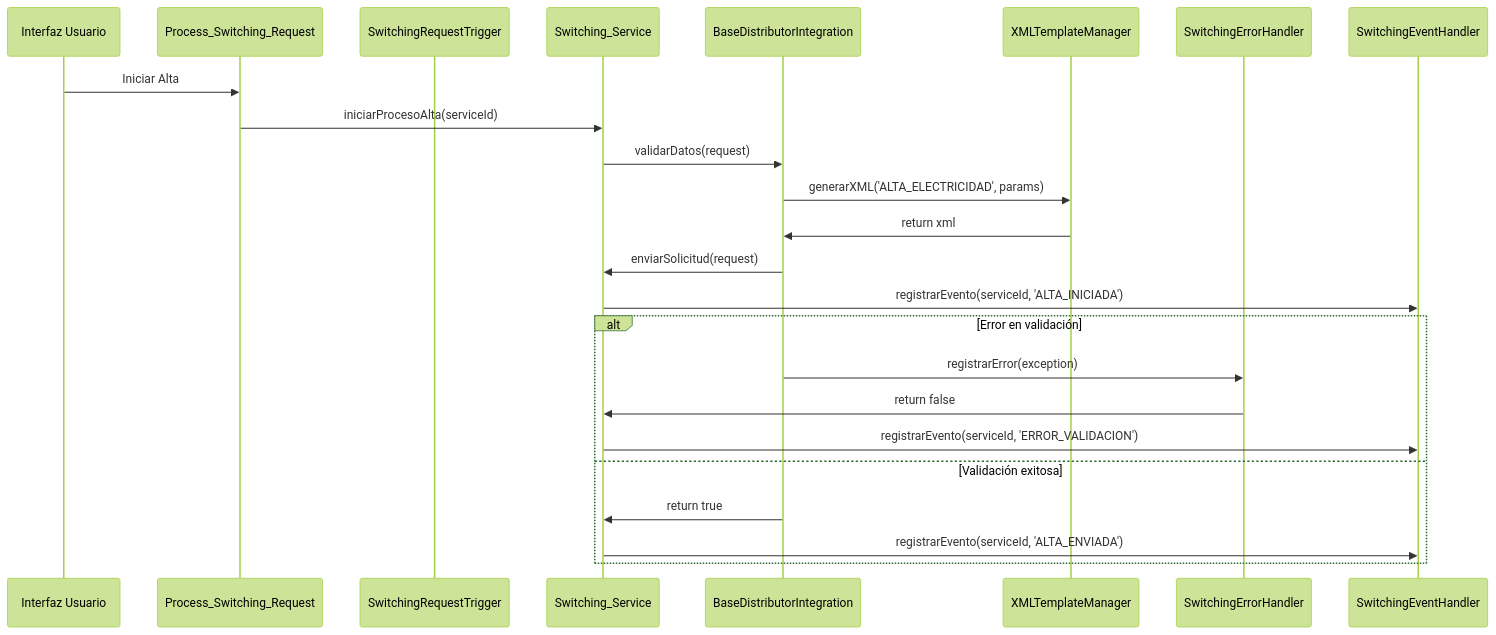
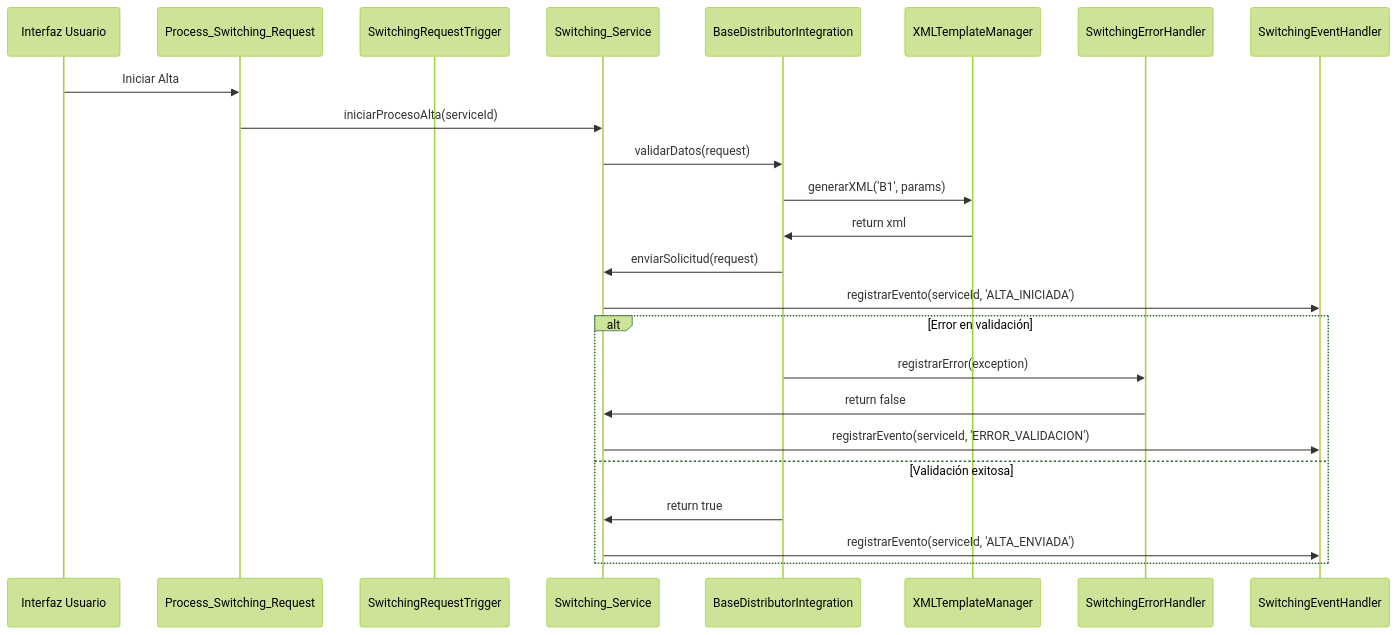
Diagram 14 of 18 in README.md (gugarobles/Switching), drawn with Mermaid (forest theme) before and after one commit. The commit also changed other lines of this file and 73 other files, not shown here.

````diff
--- a/README.md
+++ b/README.md
@@ -713,28 +711,28 @@
 ```mermaid
 sequenceDiagram
     participant UI as Interfaz Usuario
     participant Flow as Process_Switching_Request
     participant Trigger as SwitchingRequestTrigger
     participant Service as Switching_Service
     participant Integration as BaseDistributorIntegration
     participant Template as XMLTemplateManager
     participant Error as SwitchingErrorHandler
     participant Event as SwitchingEventHandler
     
     UI->>Flow: Iniciar Alta
     Flow->>Service: iniciarProcesoAlta(serviceId)
     Service->>Integration: validarDatos(request)
-    Integration->>Template: generarXML('ALTA_ELECTRICIDAD', params)
+    Integration->>Template: generarXML('B1', params)
     Template->>Integration: return xml
     Integration->>Service: enviarSolicitud(request)
     Service->>Event: registrarEvento(serviceId, 'ALTA_INICIADA')
     
     alt Error en validación
         Integration->>Error: registrarError(exception)
         Error->>Service: return false
         Service->>Event: registrarEvento(serviceId, 'ERROR_VALIDACION')
     else Validación exitosa
         Integration->>Service: return true
         Service->>Event: registrarEvento(serviceId, 'ALTA_ENVIADA')
     end
 ```
````
